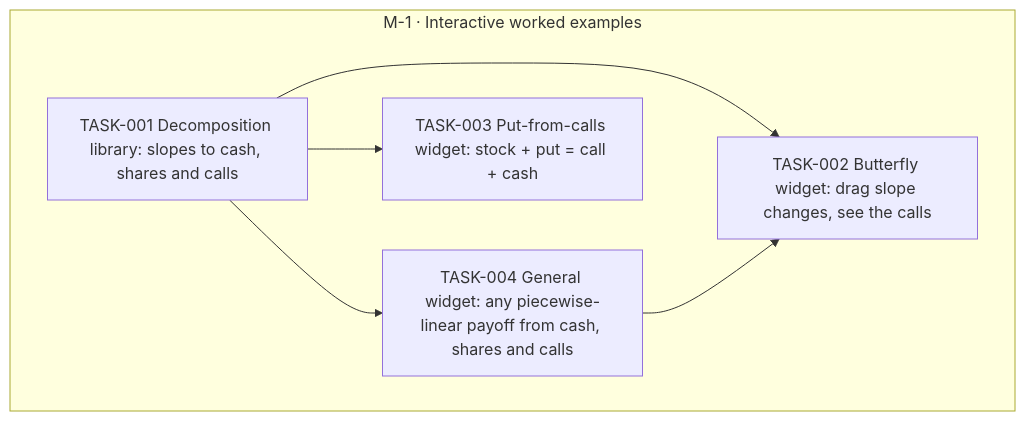
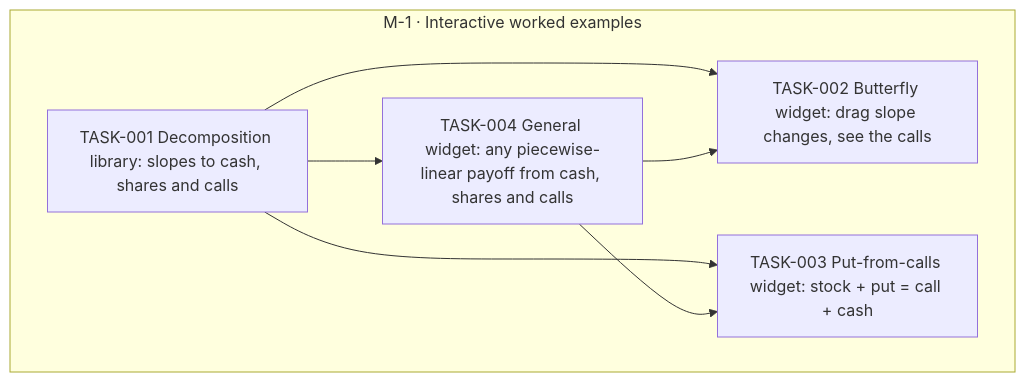
One commit to all-explained/options-explained changed the diagram in goals/improve-viz/README.md. Above: the diagram before and after it, drawn with Mermaid. The commit also changed 1 other file, not shown here.

Commit message:
goal(improve-viz): link TASK-003 after TASK-004

````diff
--- a/goals/improve-viz/README.md
+++ b/goals/improve-viz/README.md
@@ -25,16 +25,17 @@
 ```mermaid
 flowchart TD
   subgraph M_1["M-1 · Interactive worked examples"]
     TASK_001["TASK-001 Decomposition library: slopes to cash, shares and calls"]
     TASK_002["TASK-002 Butterfly widget: drag slope changes, see the calls"]
     TASK_003["TASK-003 Put-from-calls widget: stock + put = call + cash"]
     TASK_004["TASK-004 General widget: any piecewise-linear payoff from cash, shares and calls"]
   end
   TASK_001 --> TASK_002
   TASK_004 --> TASK_002
   TASK_001 --> TASK_003
+  TASK_004 --> TASK_003
   TASK_001 --> TASK_004
   classDef draft stroke-dasharray: 4 3
   classDef cancelled opacity:0.45
   classDef decision fill:#f3e8ff,stroke:#7c3aed
 ```
````
